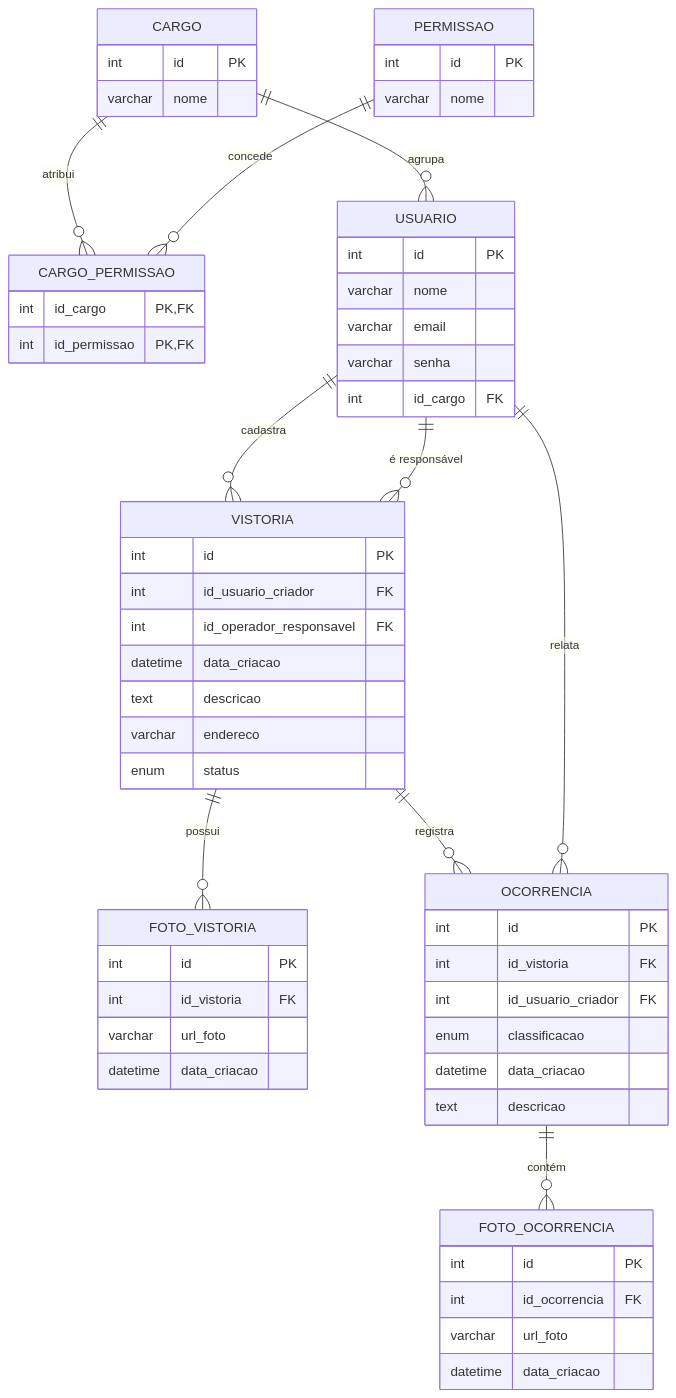
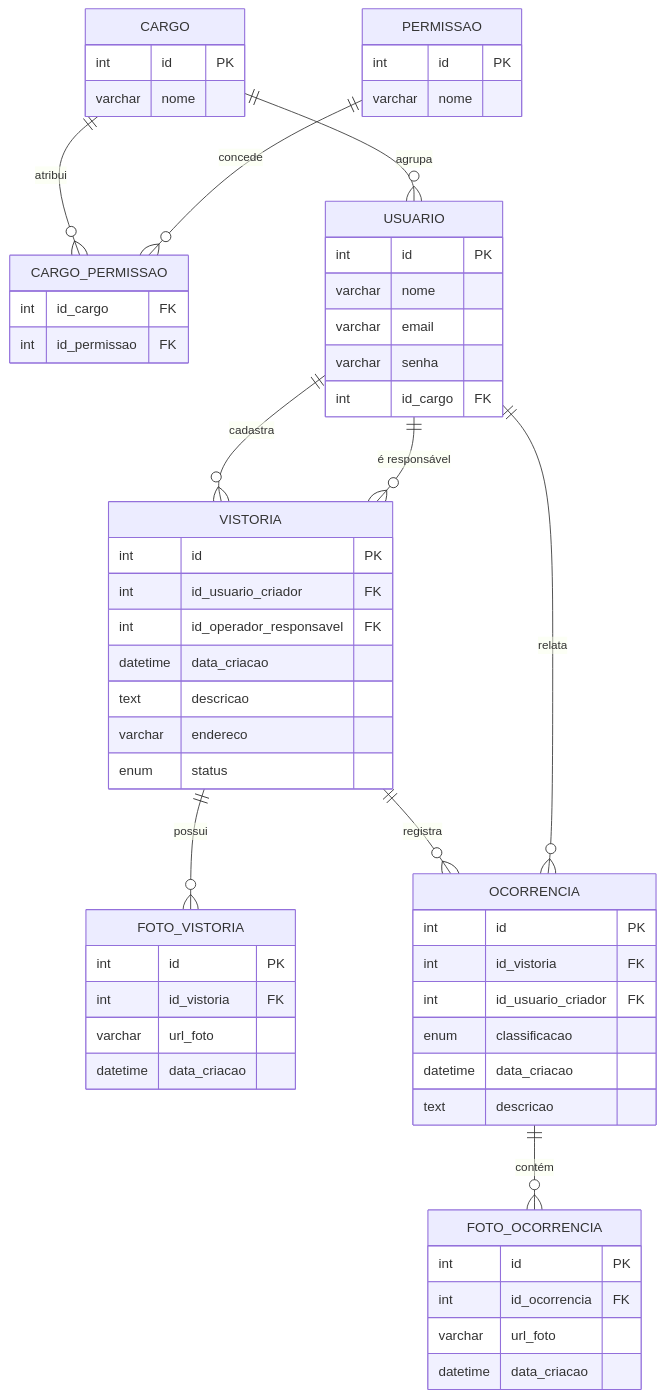
One commit to CaiqueDokasi/vistoria-informatizada changed the diagram in docs/03-banco-de-dados.md. Above: the diagram before and after it, drawn with Mermaid. The commit also changed other lines of this file and 36 other files, not shown here.

````diff
--- a/docs/03-banco-de-dados.md
+++ b/docs/03-banco-de-dados.md
@@ -7,61 +10,61 @@
 ```mermaid
 erDiagram
     CARGO ||--o{ CARGO_PERMISSAO : "atribui"
     PERMISSAO ||--o{ CARGO_PERMISSAO : "concede"
     CARGO ||--o{ USUARIO : "agrupa"
     USUARIO ||--o{ VISTORIA : "cadastra"
     USUARIO ||--o{ VISTORIA : "é responsável"
     VISTORIA ||--o{ FOTO_VISTORIA : "possui"
     VISTORIA ||--o{ OCORRENCIA : "registra"
     USUARIO ||--o{ OCORRENCIA : "relata"
     OCORRENCIA ||--o{ FOTO_OCORRENCIA : "contém"
 
     CARGO {
         int id PK
         varchar nome
     }
     PERMISSAO {
         int id PK
         varchar nome
     }
     CARGO_PERMISSAO {
-        int id_cargo PK, FK
-        int id_permissao PK, FK
+        int id_cargo FK
+        int id_permissao FK
     }
     USUARIO {
         int id PK
         varchar nome
         varchar email
         varchar senha
         int id_cargo FK
     }
     VISTORIA {
         int id PK
         int id_usuario_criador FK
         int id_operador_responsavel FK
         datetime data_criacao
         text descricao
         varchar endereco
         enum status
     }
     FOTO_VISTORIA {
         int id PK
         int id_vistoria FK
         varchar url_foto
         datetime data_criacao
     }
     OCORRENCIA {
         int id PK
         int id_vistoria FK
         int id_usuario_criador FK
         enum classificacao
         datetime data_criacao
         text descricao
     }
     FOTO_OCORRENCIA {
         int id PK
         int id_ocorrencia FK
         varchar url_foto
         datetime data_criacao
     }
 ```
````
